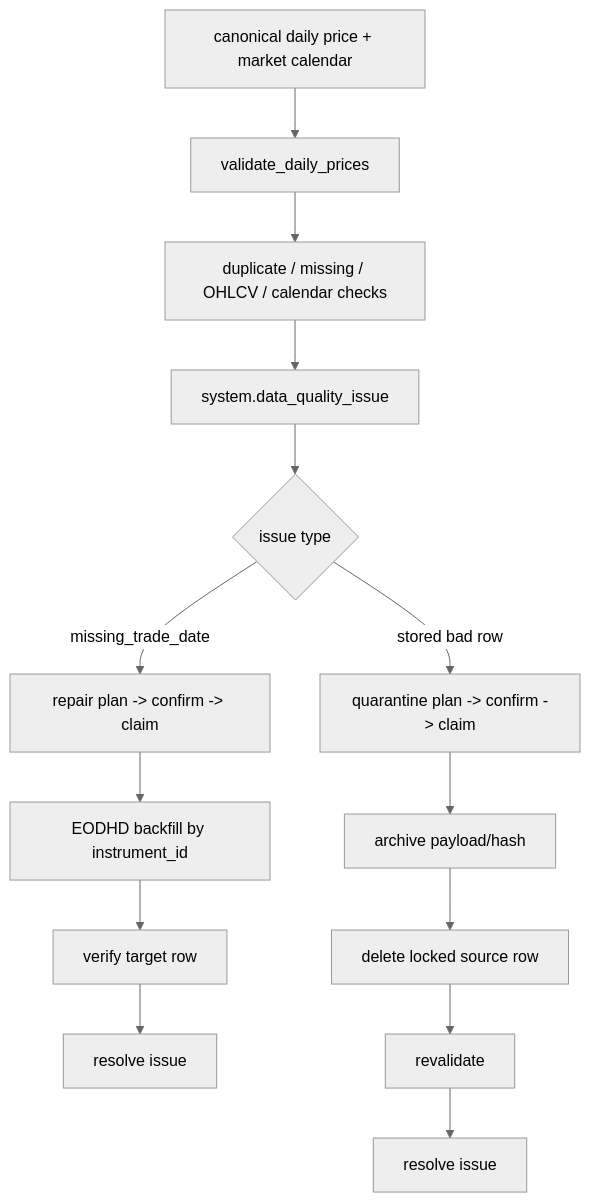
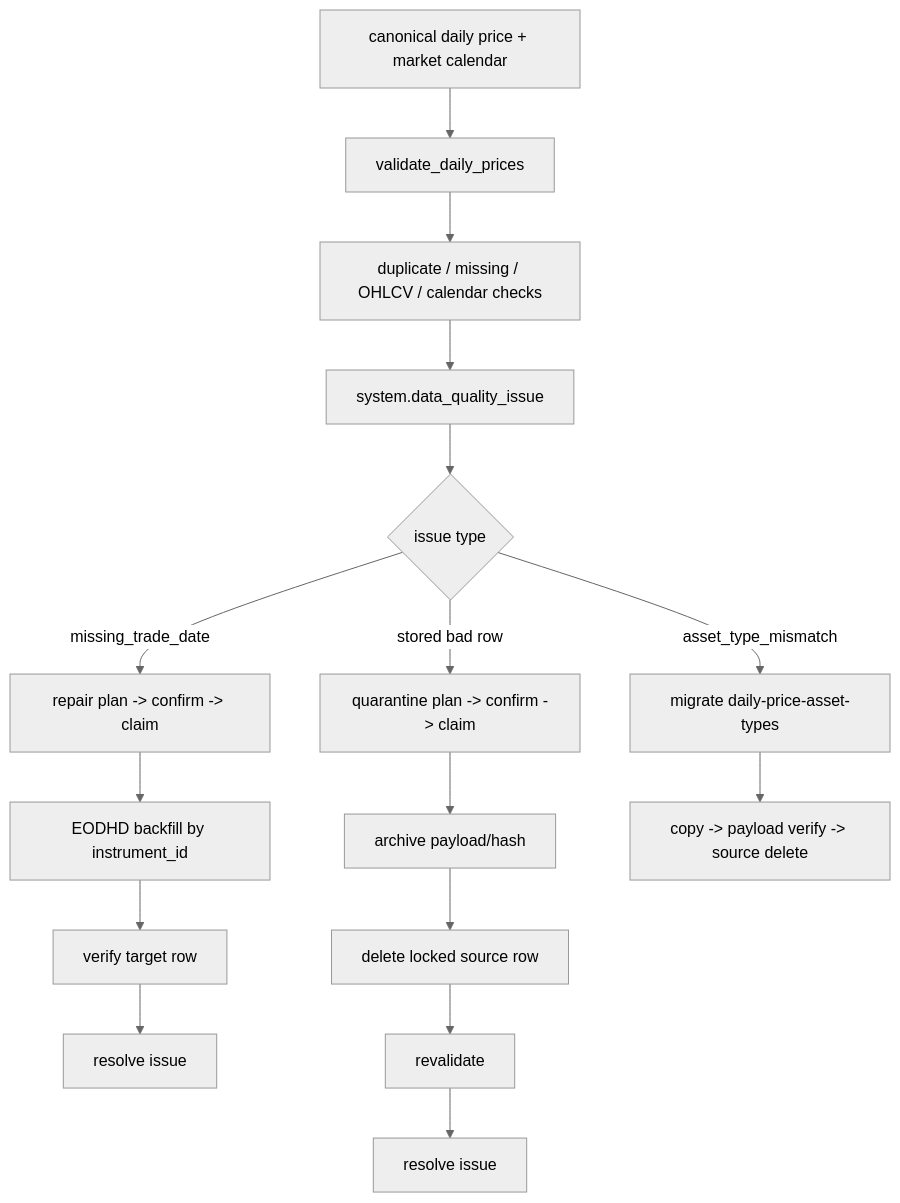
The fifth of 5 diagrams in database_system_cli/docs/architecture.md (jay-den-21/Meridian-J21-quant-terminal), drawn with Mermaid (neutral theme) before and after one commit. The commit also changed other lines of this file and 7 other files, not shown here.

````diff
--- a/database_system_cli/docs/architecture.md
+++ b/database_system_cli/docs/architecture.md
@@ -305,14 +319,16 @@
 ```mermaid
 flowchart TD
     Price["canonical daily price + market calendar"] --> Validate["validate_daily_prices"]
     Validate --> Checks["duplicate / missing / OHLCV / calendar checks"]
     Checks --> Issue["system.data_quality_issue"]
     Issue --> Kind{"issue type"}
     Kind -- missing_trade_date --> Repair["repair plan -> confirm -> claim"]
     Repair --> API["EODHD backfill by instrument_id"]
     API --> Verify1["verify target row"] --> Resolve1["resolve issue"]
     Kind -- stored bad row --> Quarantine["quarantine plan -> confirm -> claim"]
     Quarantine --> Archive["archive payload/hash"]
     Archive --> Delete["delete locked source row"]
     Delete --> Verify2["revalidate"] --> Resolve2["resolve issue"]
+    Kind -- asset_type_mismatch --> Reconcile["migrate daily-price-asset-types"]
+    Reconcile --> Verify3["copy -> payload verify -> source delete"]
 ```
````
